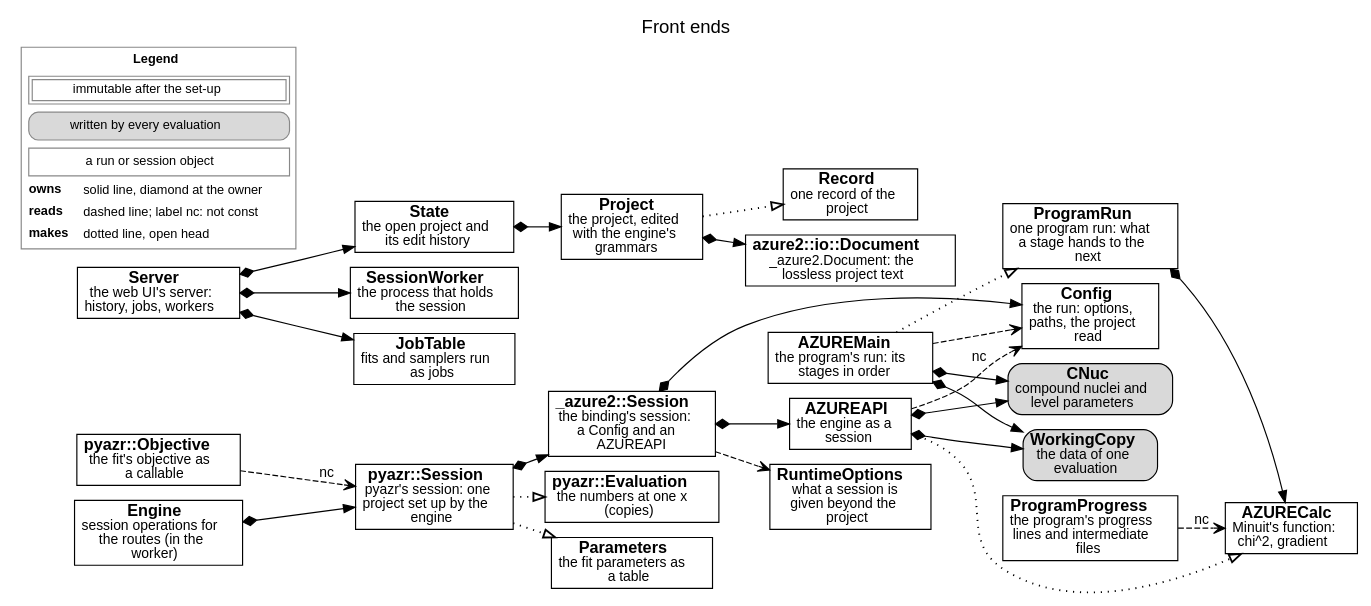
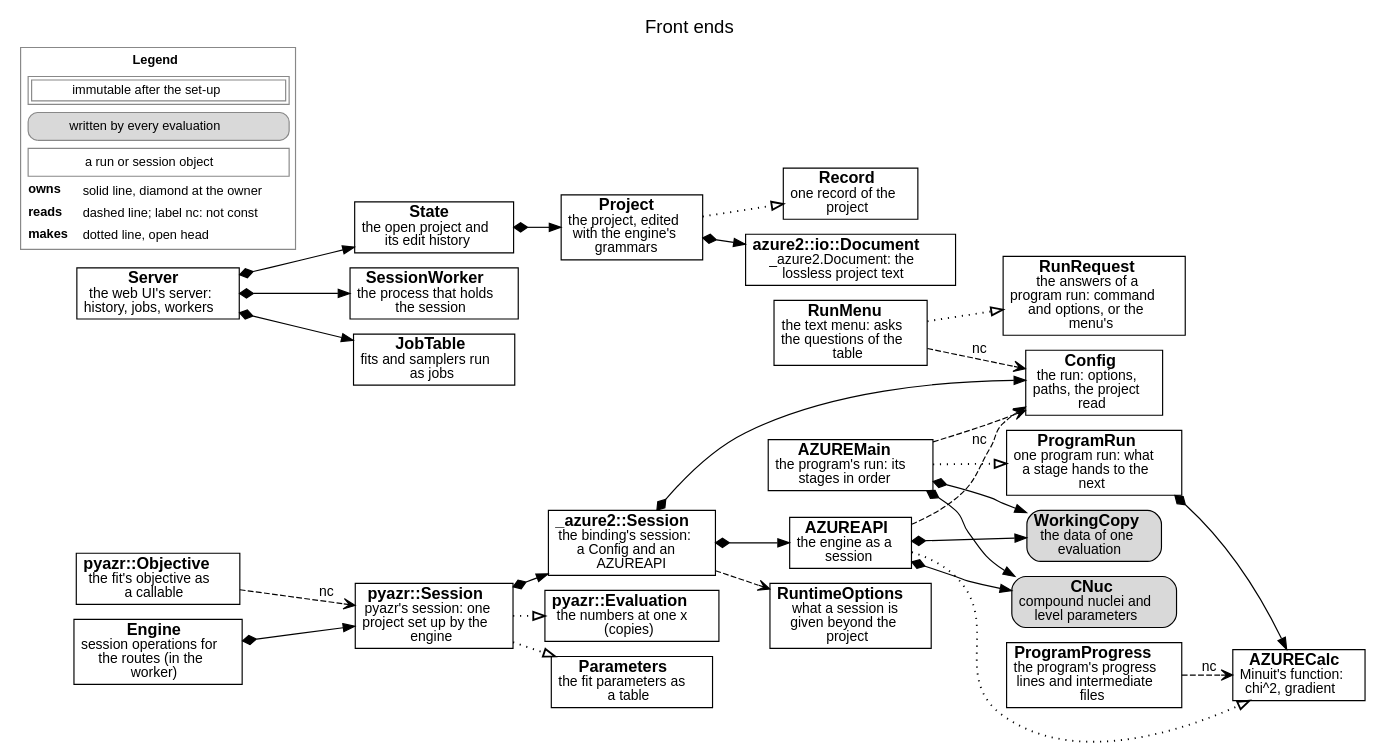
Before and after one commit to AZURE2DEV/AZURE2: the diagram in docs/source/developer/figures/frontends.dot, drawn with Graphviz. The commit also changed 24 other files, not shown here.

```diff
--- a/docs/source/developer/figures/frontends.dot
+++ b/docs/source/developer/figures/frontends.dot
@@ -1,52 +1,56 @@
 digraph frontends {
   graph [rankdir=LR, fontname="Helvetica", fontsize=16, labelloc=t, label="Front ends", nodesep=0.18, ranksep=0.3, newrank=true];
   node [fontname="Helvetica", fontsize=14, margin="0.08,0.04"];
   edge [fontname="Helvetica", fontsize=12];
+  n_RunRequest [label=<<b>RunRequest</b><br/><font point-size="12">the answers of a<br/>program run: command<br/>and options, or the<br/>menu&#x27;s</font>>, shape=box, style="filled", fillcolor="white"];
+  n_RunMenu [label=<<b>RunMenu</b><br/><font point-size="12">the text menu: asks<br/>the questions of the<br/>table</font>>, shape=box, style="filled", fillcolor="white"];
   n_AZUREMain [label=<<b>AZUREMain</b><br/><font point-size="12">the program&#x27;s run: its<br/>stages in order</font>>, shape=box, style="filled", fillcolor="white"];
   n_Config [label=<<b>Config</b><br/><font point-size="12">the run: options,<br/>paths, the project<br/>read</font>>, shape=box, style="filled", fillcolor="white"];
   n_CNuc [label=<<b>CNuc</b><br/><font point-size="12">compound nuclei and<br/>level parameters</font>>, shape=box, style="rounded,filled", fillcolor="#d9d9d9"];
   n_WorkingCopy [label=<<b>WorkingCopy</b><br/><font point-size="12">the data of one<br/>evaluation</font>>, shape=box, style="rounded,filled", fillcolor="#d9d9d9"];
   n_AZURECalc [label=<<b>AZURECalc</b><br/><font point-size="12">Minuit&#x27;s function:<br/>chi^2, gradient</font>>, shape=box, style="filled", fillcolor="white"];
   n_ProgramRun [label=<<b>ProgramRun</b><br/><font point-size="12">one program run: what<br/>a stage hands to the<br/>next</font>>, shape=box, style="filled", fillcolor="white"];
   n_ProgramProgress [label=<<b>ProgramProgress</b><br/><font point-size="12">the program&#x27;s progress<br/>lines and intermediate<br/>files</font>>, shape=box, style="filled", fillcolor="white"];
   n_AZUREAPI [label=<<b>AZUREAPI</b><br/><font point-size="12">the engine as a<br/>session</font>>, shape=box, style="filled", fillcolor="white"];
   n__azure2__Session [label=<<b>_azure2::Session</b><br/><font point-size="12">the binding&#x27;s session:<br/>a Config and an<br/>AZUREAPI</font>>, shape=box, style="filled", fillcolor="white"];
   n_RuntimeOptions [label=<<b>RuntimeOptions</b><br/><font point-size="12">what a session is<br/>given beyond the<br/>project</font>>, shape=box, style="filled", fillcolor="white"];
   n_pyazr__Session [label=<<b>pyazr::Session</b><br/><font point-size="12">pyazr&#x27;s session: one<br/>project set up by the<br/>engine</font>>, shape=box, style="filled", fillcolor="white"];
   n_pyazr__Objective [label=<<b>pyazr::Objective</b><br/><font point-size="12">the fit&#x27;s objective as<br/>a callable</font>>, shape=box, style="filled", fillcolor="white"];
   n_pyazr__Evaluation [label=<<b>pyazr::Evaluation</b><br/><font point-size="12">the numbers at one x<br/>(copies)</font>>, shape=box, style="filled", fillcolor="white"];
   n_Parameters [label=<<b>Parameters</b><br/><font point-size="12">the fit parameters as<br/>a table</font>>, shape=box, style="filled", fillcolor="white"];
   n_Project [label=<<b>Project</b><br/><font point-size="12">the project, edited<br/>with the engine&#x27;s<br/>grammars</font>>, shape=box, style="filled", fillcolor="white"];
   n_Record [label=<<b>Record</b><br/><font point-size="12">one record of the<br/>project</font>>, shape=box, style="filled", fillcolor="white"];
   n_azure2__io__Document [label=<<b>azure2::io::Document</b><br/><font point-size="12">_azure2.Document: the<br/>lossless project text</font>>, shape=box, style="filled", fillcolor="white"];
   n_Server [label=<<b>Server</b><br/><font point-size="12">the web UI&#x27;s server:<br/>history, jobs, workers</font>>, shape=box, style="filled", fillcolor="white"];
   n_State [label=<<b>State</b><br/><font point-size="12">the open project and<br/>its edit history</font>>, shape=box, style="filled", fillcolor="white"];
   n_SessionWorker [label=<<b>SessionWorker</b><br/><font point-size="12">the process that holds<br/>the session</font>>, shape=box, style="filled", fillcolor="white"];
   n_Engine [label=<<b>Engine</b><br/><font point-size="12">session operations for<br/>the routes (in the<br/>worker)</font>>, shape=box, style="filled", fillcolor="white"];
   n_JobTable [label=<<b>JobTable</b><br/><font point-size="12">fits and samplers run<br/>as jobs</font>>, shape=box, style="filled", fillcolor="white"];
+  n_RunMenu -> n_RunRequest [style=dotted, penwidth=1.6, arrowhead=empty];
+  n_RunMenu -> n_Config [style=dashed, arrowhead=vee, label=" nc"];
   n_AZUREMain -> n_Config [style=dashed, arrowhead=vee];
   n_AZUREMain -> n_CNuc [style=solid, dir=both, arrowtail=diamond, arrowhead=normal];
   n_AZUREMain -> n_WorkingCopy [style=solid, dir=both, arrowtail=diamond, arrowhead=normal];
   n_AZUREMain -> n_ProgramRun [style=dotted, penwidth=1.6, arrowhead=empty];
   n_ProgramRun -> n_AZURECalc [style=solid, dir=both, arrowtail=diamond, arrowhead=normal];
   n_ProgramProgress -> n_AZURECalc [style=dashed, arrowhead=vee, label=" nc"];
   n_AZUREAPI -> n_AZURECalc [style=dotted, penwidth=1.6, arrowhead=empty];
   n_AZUREAPI -> n_Config [style=dashed, arrowhead=vee, label=" nc"];
   n_AZUREAPI -> n_CNuc [style=solid, dir=both, arrowtail=diamond, arrowhead=normal];
   n_AZUREAPI -> n_WorkingCopy [style=solid, dir=both, arrowtail=diamond, arrowhead=normal];
   n__azure2__Session -> n_Config [style=solid, dir=both, arrowtail=diamond, arrowhead=normal];
   n__azure2__Session -> n_AZUREAPI [style=solid, dir=both, arrowtail=diamond, arrowhead=normal];
   n__azure2__Session -> n_RuntimeOptions [style=dashed, arrowhead=vee];
   n_pyazr__Session -> n__azure2__Session [style=solid, dir=both, arrowtail=diamond, arrowhead=normal];
   n_pyazr__Session -> n_Parameters [style=dotted, penwidth=1.6, arrowhead=empty];
   n_pyazr__Objective -> n_pyazr__Session [style=dashed, arrowhead=vee, label=" nc"];
   n_pyazr__Session -> n_pyazr__Evaluation [style=dotted, penwidth=1.6, arrowhead=empty];
   n_Project -> n_azure2__io__Document [style=solid, dir=both, arrowtail=diamond, arrowhead=normal];
   n_Project -> n_Record [style=dotted, penwidth=1.6, arrowhead=empty];
   n_State -> n_Project [style=solid, dir=both, arrowtail=diamond, arrowhead=normal];
   n_Server -> n_State [style=solid, dir=both, arrowtail=diamond, arrowhead=normal];
   n_Server -> n_SessionWorker [style=solid, dir=both, arrowtail=diamond, arrowhead=normal];
   n_Server -> n_JobTable [style=solid, dir=both, arrowtail=diamond, arrowhead=normal];
   n_Engine -> n_pyazr__Session [style=solid, dir=both, arrowtail=diamond, arrowhead=normal];
   legend [shape=plaintext, fontsize=11, label=<<TABLE BORDER="1" CELLBORDER="0" CELLSPACING="3" COLOR="#888888"><TR><TD COLSPAN="2"><B>Legend</B></TD></TR><TR><TD COLSPAN="2"><TABLE BORDER="1" CELLBORDER="1" CELLSPACING="2" CELLPADDING="2"><TR><TD>immutable after the set-up</TD></TR></TABLE></TD></TR><TR><TD COLSPAN="2"><TABLE BORDER="1" CELLBORDER="0" CELLPADDING="3" STYLE="rounded" BGCOLOR="#d9d9d9"><TR><TD>written by every evaluation</TD></TR></TABLE></TD></TR><TR><TD COLSPAN="2"><TABLE BORDER="1" CELLBORDER="0" CELLPADDING="3" ><TR><TD>a run or session object</TD></TR></TABLE></TD></TR><TR><TD ALIGN="LEFT"><B>owns</B></TD><TD ALIGN="LEFT">solid line, diamond at the owner</TD></TR><TR><TD ALIGN="LEFT"><B>reads</B></TD><TD ALIGN="LEFT">dashed line; label nc: not const</TD></TR><TR><TD ALIGN="LEFT"><B>makes</B></TD><TD ALIGN="LEFT">dotted line, open head</TD></TR></TABLE>>];
 }
```
